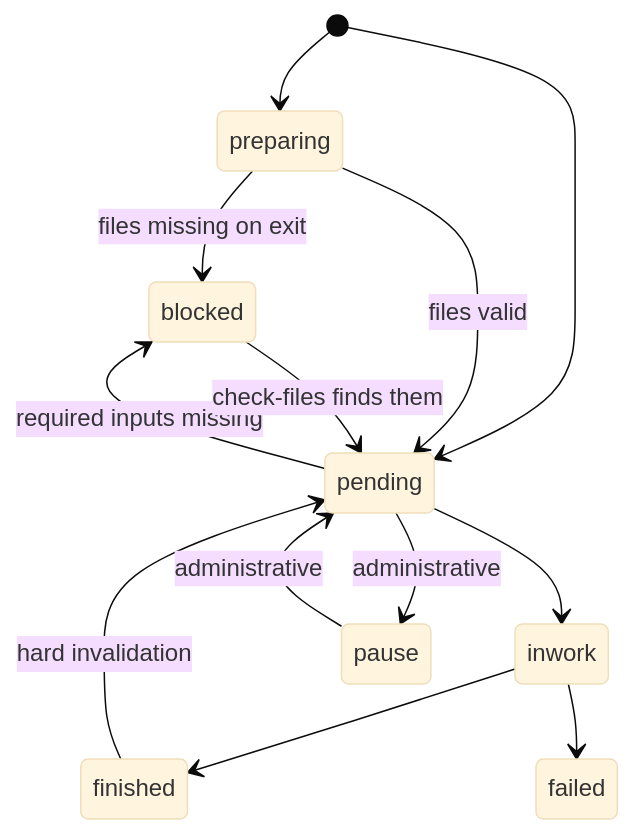
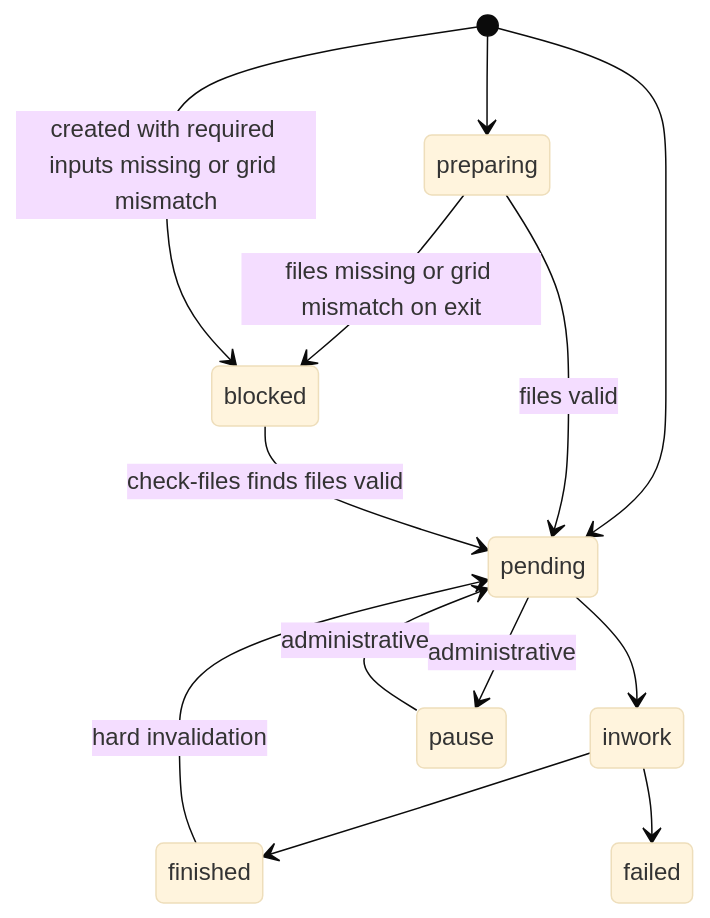
Before and after one commit to radionest/clarinet: the second of 2 diagrams in docs/kb/domain-model.md, drawn with Mermaid (base theme). The commit also changed other lines of this file and 53 other files, not shown here.

````diff
--- a/docs/kb/domain-model.md
+++ b/docs/kb/domain-model.md
@@ -71,15 +71,15 @@
 ```mermaid
 stateDiagram-v2
     [*] --> preparing
     [*] --> pending
-    preparing --> blocked : files missing on exit
+    preparing --> blocked : files missing or grid mismatch on exit
     preparing --> pending : files valid
-    pending --> blocked : required inputs missing
-    blocked --> pending : check-files finds them
+    [*] --> blocked : created with required inputs missing or grid mismatch
+    blocked --> pending : check-files finds files valid
     pending --> inwork
     inwork --> finished
     inwork --> failed
     finished --> pending : hard invalidation
     pending --> pause : administrative
     pause --> pending : administrative
 ```
````
